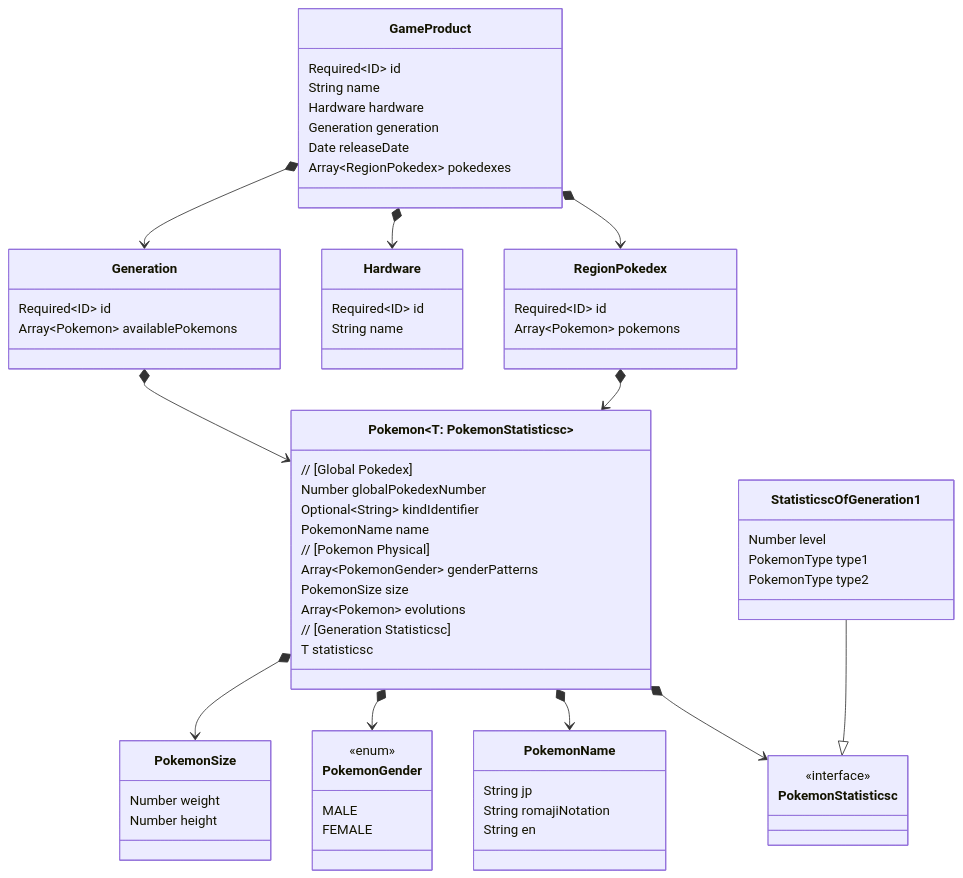
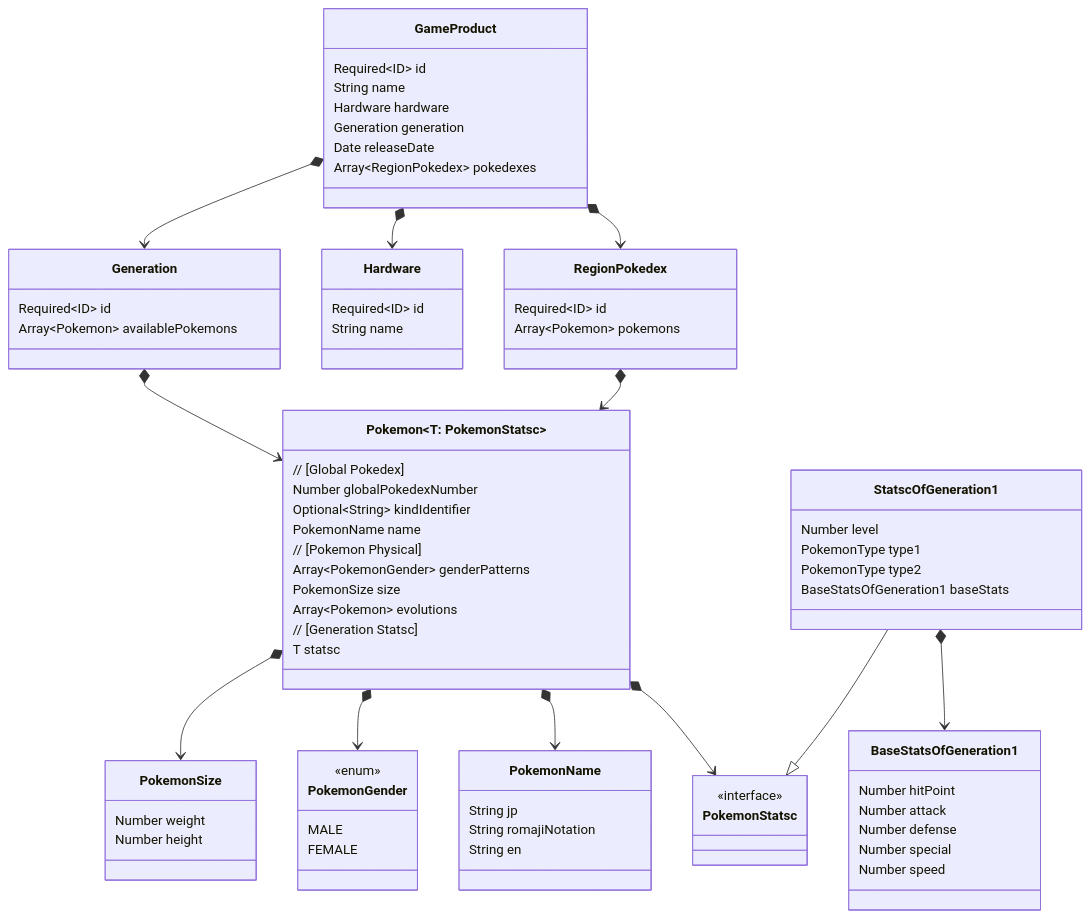
Before and after one commit to O6lvl4/pokemon-doc: the diagram in pokemon-class.md, drawn with Mermaid.

Commit message:
Add statsc of generation1 parameters

````diff
--- a/pokemon-class.md
+++ b/pokemon-class.md
@@ -1,7 +1,7 @@
 ```mermaid
 classDiagram
 
-    class Pokemon~T: PokemonStatisticsc~ {
+    class Pokemon~T: PokemonStatsc~ {
         // [Global Pokedex]
         Number globalPokedexNumber
         Optional~String~ kindIdentifier
@@ -12,13 +12,13 @@
         PokemonSize size
         Array~Pokemon~ evolutions
 
-        // [Generation Statisticsc]
-        T statisticsc
+        // [Generation Statsc]
+        T statsc
     }
     Pokemon *--> PokemonSize
     Pokemon *--> PokemonGender
     Pokemon *--> PokemonName
-    Pokemon *--> PokemonStatisticsc
+    Pokemon *--> PokemonStatsc
 
     class PokemonSize {
         Number weight
@@ -43,16 +43,18 @@
     }
     Generation *--> Pokemon
 
-    class PokemonStatisticsc {
+    class PokemonStatsc {
         <<interface>>
     }
 
-    class StatisticscOfGeneration1 {
+    class StatscOfGeneration1 {
         Number level
         PokemonType type1
         PokemonType type2
+        BaseStatsOfGeneration1 baseStats
     }
-    StatisticscOfGeneration1 --|> PokemonStatisticsc
+    StatscOfGeneration1 --|> PokemonStatsc
+    StatscOfGeneration1 *--> BaseStatsOfGeneration1
 
     class GameProduct {
         Required~ID~ id
@@ -66,6 +68,14 @@
     GameProduct *--> Generation
     GameProduct *--> RegionPokedex
 
+    class BaseStatsOfGeneration1 {
+        Number hitPoint
+        Number attack
+        Number defense
+        Number special
+        Number speed
+    }
+
     class Hardware {
         Required~ID~ id
         String name
````
